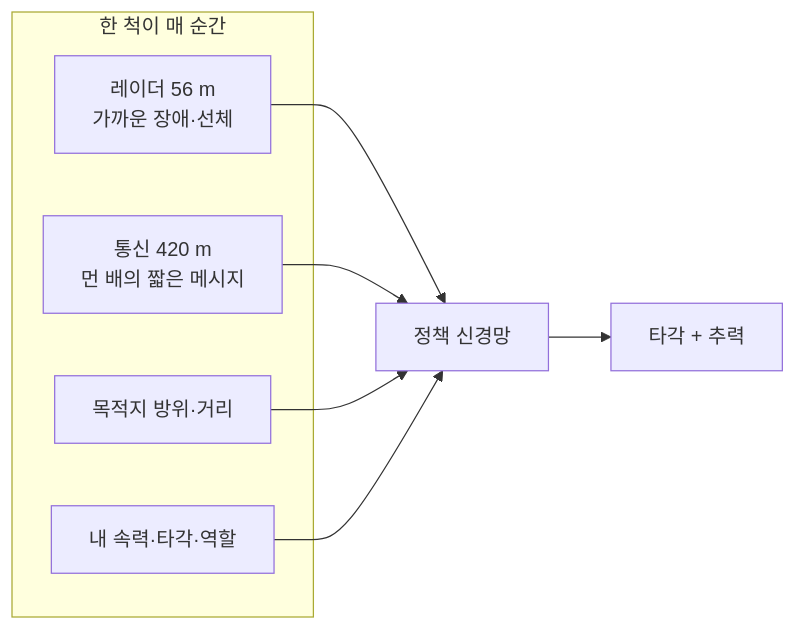
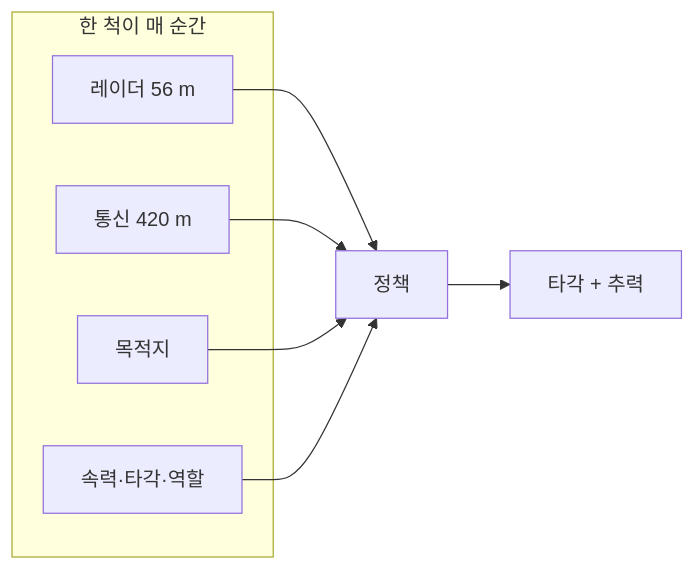
The first of 2 diagrams in DISCUSSION.md (gyh1238/vessel), drawn with Mermaid before and after one commit. The commit also changed other lines of this file and 42 other files, not shown here.

````diff
--- a/DISCUSSION.md
+++ b/DISCUSSION.md
@@ -31,14 +33,14 @@
 ```mermaid
 flowchart LR
   subgraph 한 척이 매 순간
-    R["레이더 56 m<br/>가까운 장애·선체"]
-    C["통신 420 m<br/>먼 배의 짧은 메시지"]
-    G["목적지 방위·거리"]
-    S["내 속력·타각·역할"]
+    R["레이더 56 m"]
+    C["통신 420 m"]
+    G["목적지"]
+    S["속력·타각·역할"]
   end
-  R --> π["정책 신경망"]
+  R --> π["정책"]
   C --> π
   G --> π
   S --> π
   π --> A["타각 + 추력"]
 ```
````
